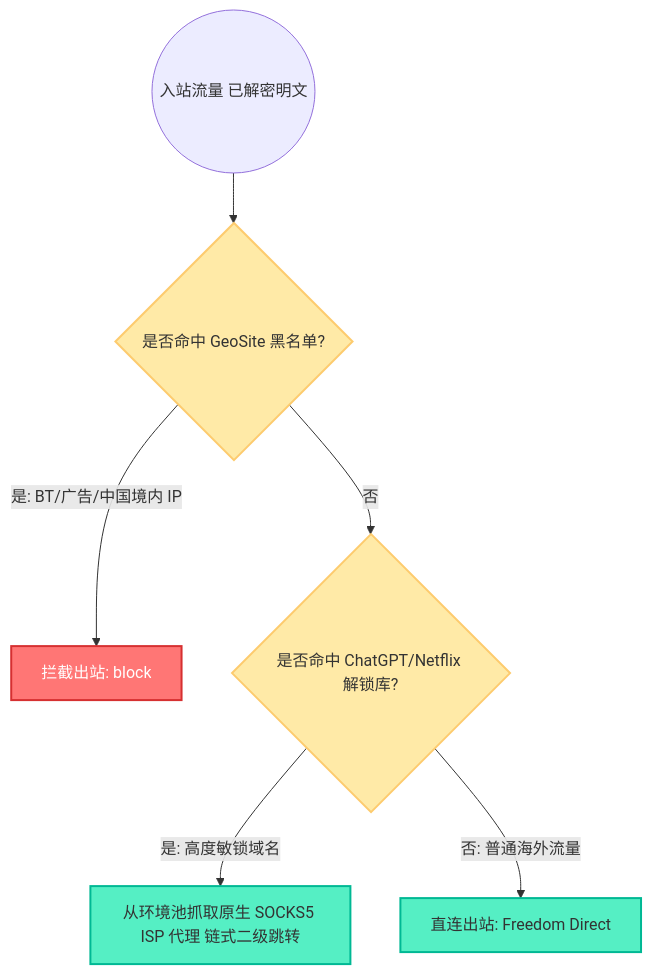
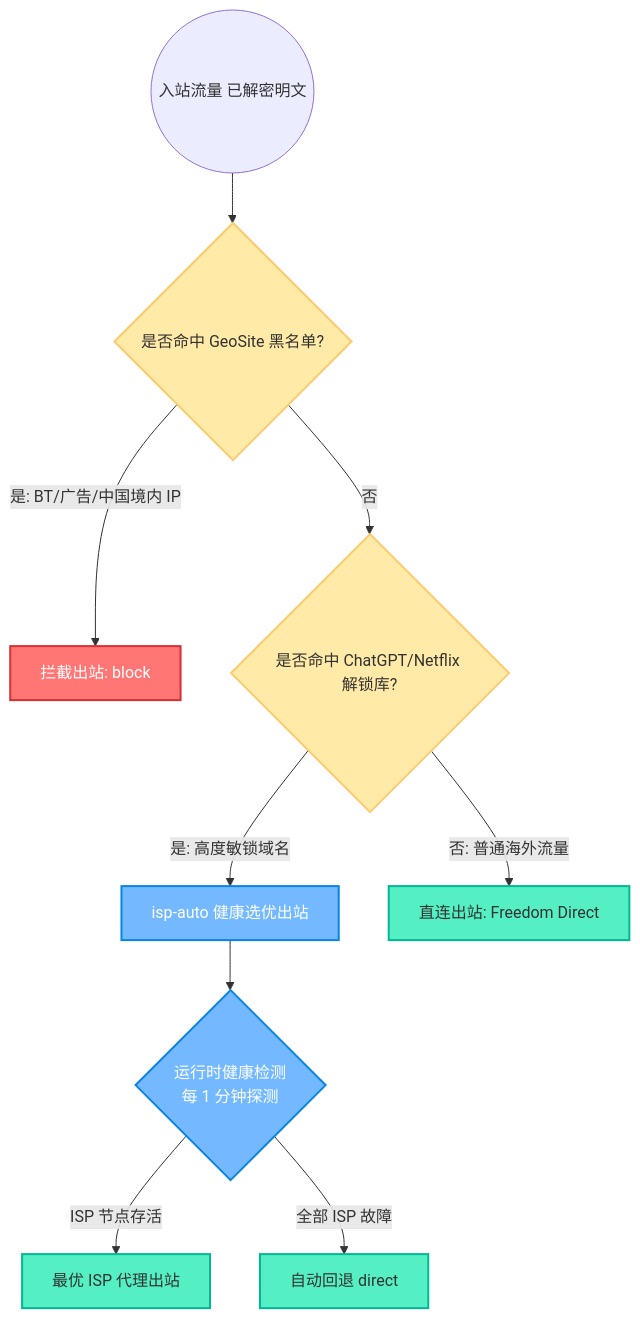
Before and after one commit to currycan/key: the ninth of 11 diagrams in docker/sb-xray/docs/01-architecture-and-traffic.md, drawn with Mermaid. The commit also changed other lines of this file and 6 other files, not shown here.

````diff
--- a/docker/sb-xray/docs/01-architecture-and-traffic.md
+++ b/docker/sb-xray/docs/01-architecture-and-traffic.md
@@ -429,14 +433,19 @@
 ```mermaid
 flowchart TD
     classDef block fill:#ff7675,stroke:#d63031,stroke-width:2px,color:#fff
     classDef pass fill:#55efc4,stroke:#00b894,stroke-width:2px,color:#333
     classDef logic fill:#ffeaa7,stroke:#fdcb6e,stroke-width:2px,color:#333
+    classDef health fill:#74b9ff,stroke:#0984e3,stroke-width:2px,color:#fff
 
     In(("入站流量 已解密明文")) --> R1{"是否命中 GeoSite 黑名单?"}:::logic
     R1 -- "是: BT/广告/中国境内 IP" --> Drop["拦截出站: block"]:::block
 
     R1 -- "否" --> R2{"是否命中 ChatGPT/Netflix 解锁库?"}:::logic
-    R2 -- "是: 高度敏锁域名" --> Strategy["从环境池抓取原生 SOCKS5 ISP 代理 链式二级跳转"]:::pass
+    R2 -- "是: 高度敏锁域名" --> ISPAuto["isp-auto 健康选优出站"]:::health
 
     R2 -- "否: 普通海外流量" --> Out2["直连出站: Freedom Direct"]:::pass
+
+    ISPAuto --> HC{"运行时健康检测\n每 1 分钟探测"}:::health
+    HC -- "ISP 节点存活" --> Proxy["最优 ISP 代理出站"]:::pass
+    HC -- "全部 ISP 故障" --> Fallback["自动回退 direct"]:::pass
 ```
````
